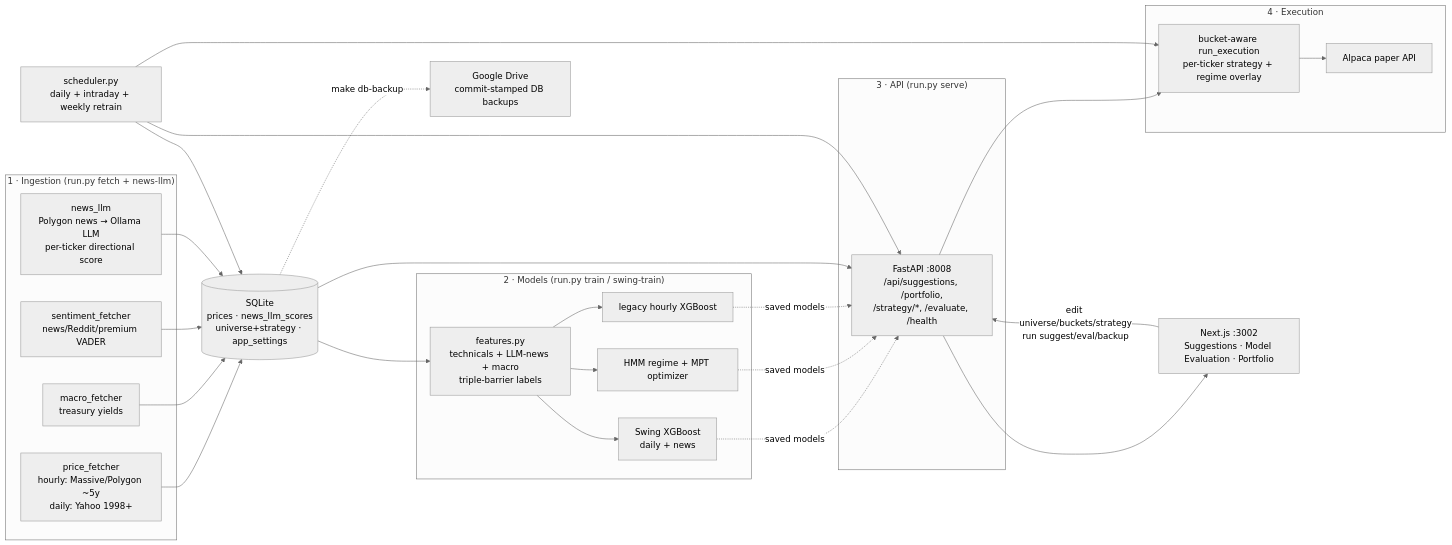
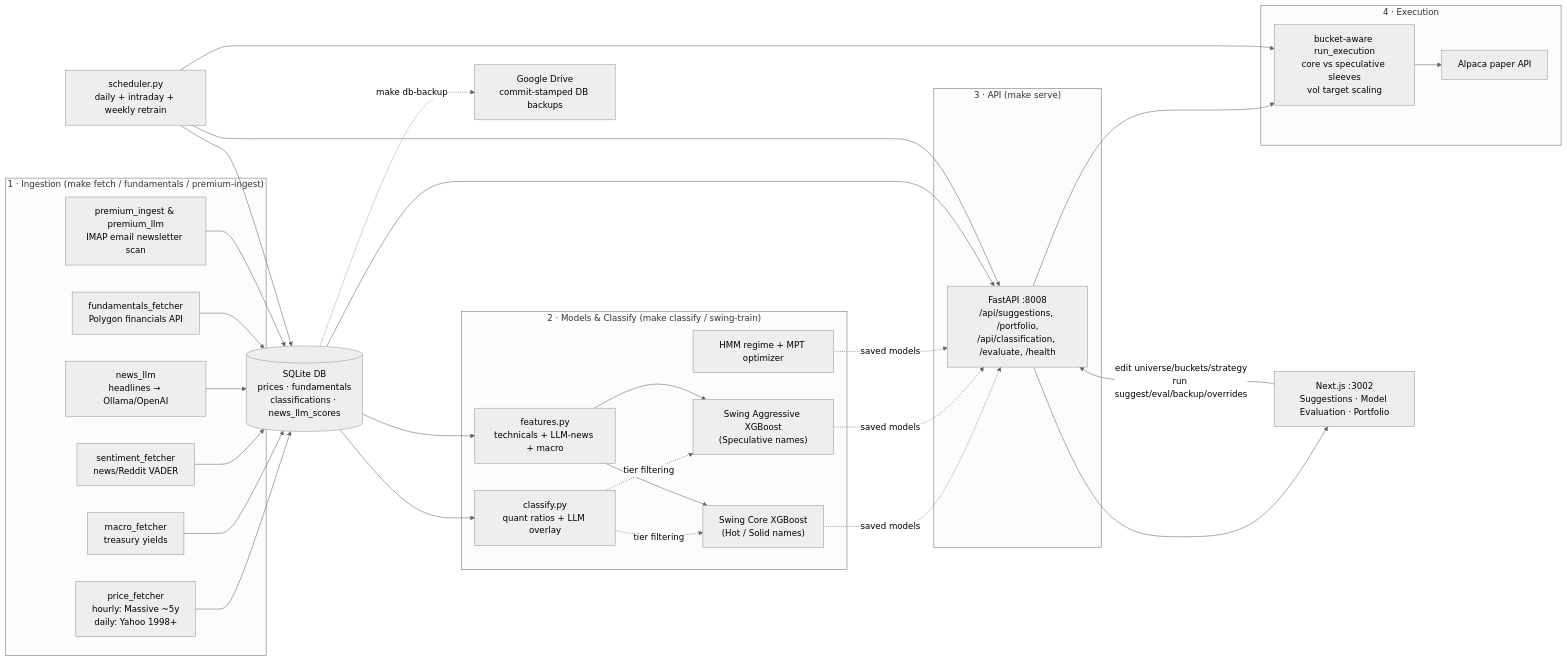
One commit to arvindpereira/ampytech-trader changed the diagram in docs/README.md. Above: the diagram before and after it, drawn with Mermaid (neutral theme). The commit also changed other lines of this file and 11 other files, not shown here.

````diff
--- a/docs/README.md
+++ b/docs/README.md
@@ -47,35 +47,41 @@
 ```mermaid
 flowchart LR
-    subgraph Ingest["1 · Ingestion (run.py fetch + news-llm)"]
-        P["price_fetcher<br/>hourly: Massive/Polygon ~5y<br/>daily: Yahoo 1998+"]
+    subgraph Ingest["1 · Ingestion (make fetch / fundamentals / premium-ingest)"]
+        P["price_fetcher<br/>hourly: Massive ~5y<br/>daily: Yahoo 1998+"]
         M[macro_fetcher<br/>treasury yields]
-        S[sentiment_fetcher<br/>news/Reddit/premium VADER]
-        N["news_llm<br/>Polygon news → Ollama LLM<br/>per-ticker directional score"]
+        S[sentiment_fetcher<br/>news/Reddit VADER]
+        N["news_llm<br/>headlines → Ollama/OpenAI"]
+        FUND["fundamentals_fetcher<br/>Polygon financials API"]
+        PREM["premium_ingest & premium_llm<br/>IMAP email newsletter scan"]
     end
-    DB[(SQLite<br/>prices · news_llm_scores<br/>universe+strategy · app_settings)]
-    subgraph ML["2 · Models (run.py train / swing-train)"]
-        F[features.py<br/>technicals + LLM-news + macro<br/>triple-barrier labels]
-        SW[Swing XGBoost<br/>daily + news]
+    DB[(SQLite DB<br/>prices · fundamentals<br/>classifications · news_llm_scores)]
+    subgraph ML["2 · Models & Classify (make classify / swing-train)"]
+        CLASS["classify.py<br/>quant ratios + LLM overlay"]
+        F[features.py<br/>technicals + LLM-news + macro]
+        SW_CORE["Swing Core XGBoost<br/>(Hot / Solid names)"]
+        SW_AGG["Swing Aggressive XGBoost<br/>(Speculative names)"]
         H[HMM regime + MPT optimizer]
-        X[legacy hourly XGBoost]
     end
-    subgraph Serve["3 · API (run.py serve)"]
-        API["FastAPI :8008<br/>/api/suggestions, /portfolio,<br/>/strategy/*, /evaluate, /health"]
+    subgraph Serve["3 · API (make serve)"]
+        API["FastAPI :8008<br/>/api/suggestions, /portfolio,<br/>/api/classification, /evaluate, /health"]
     end
     subgraph Exec["4 · Execution"]
-        BUCK["bucket-aware run_execution<br/>per-ticker strategy + regime overlay"]
+        BUCK["bucket-aware run_execution<br/>core vs speculative sleeves<br/>vol target scaling"]
         ALP[Alpaca paper API]
     end
     UI["Next.js :3002<br/>Suggestions · Model Evaluation · Portfolio"]
     SCH["scheduler.py<br/>daily + intraday + weekly retrain"]
     GD["Google Drive<br/>commit-stamped DB backups"]
 
-    P & M & S & N --> DB
-    DB --> F --> SW & H & X
-    SW & H & X -.saved models.-> API
+    P & M & S & N & FUND & PREM --> DB
+    DB --> CLASS
+    DB --> F
+    CLASS -.tier filtering.-> SW_CORE & SW_AGG
+    F --> SW_CORE & SW_AGG
+    SW_CORE & SW_AGG & H -.saved models.-> API
     DB --> API --> UI
-    UI -->|edit universe/buckets/strategy<br/>run suggest/eval/backup| API
+    UI -->|edit universe/buckets/strategy<br/>run suggest/eval/backup/overrides| API
     API --> BUCK --> ALP
     SCH --> DB & API & BUCK
     DB -. make db-backup .-> GD
 ```
````
